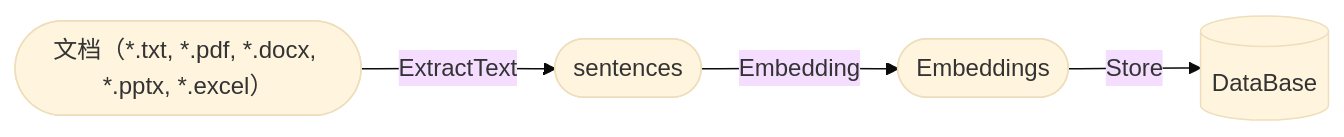
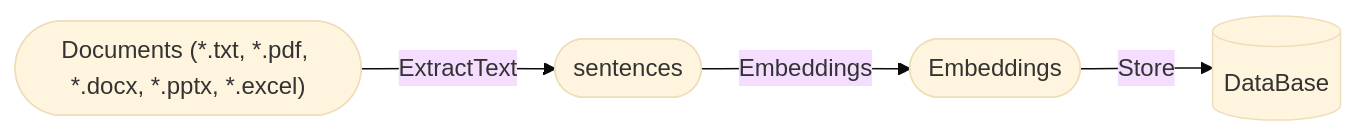
Before and after one commit to RapidAI/Knowledge-QA-LLM: the first of 2 diagrams in README.md, drawn with Mermaid (base theme). The commit also changed other lines of this file and 1 other file, not shown here.

````diff
--- a/README.md
+++ b/README.md
@@ -31,7 +33,7 @@
-    ```mermaid
-    flowchart LR
+     ```mermaid
+     flowchart LR
 
-    A(["文档（*.txt, *.pdf, *.docx, *.pptx, *.excel）"]) --ExtractText--> B([sentences])
-    B --Embedding--> C([Embeddings])
-    C --Store--> D[(DataBase)]
-    ```
+     A(["Documents (*.txt, *.pdf, *.docx, *.pptx, *.excel)"]) --ExtractText--> B([sentences])
+     B --Embeddings--> C([Embeddings])
+     C --Store--> D[(DataBase)]
+     ```
````
